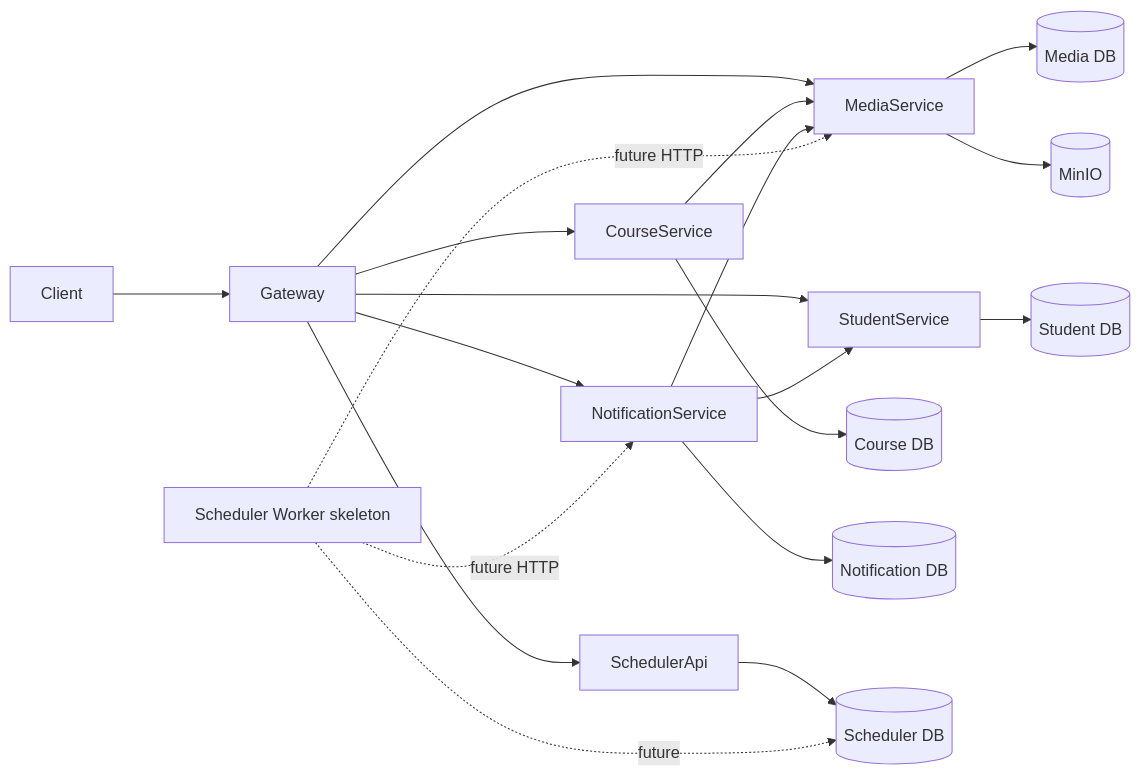
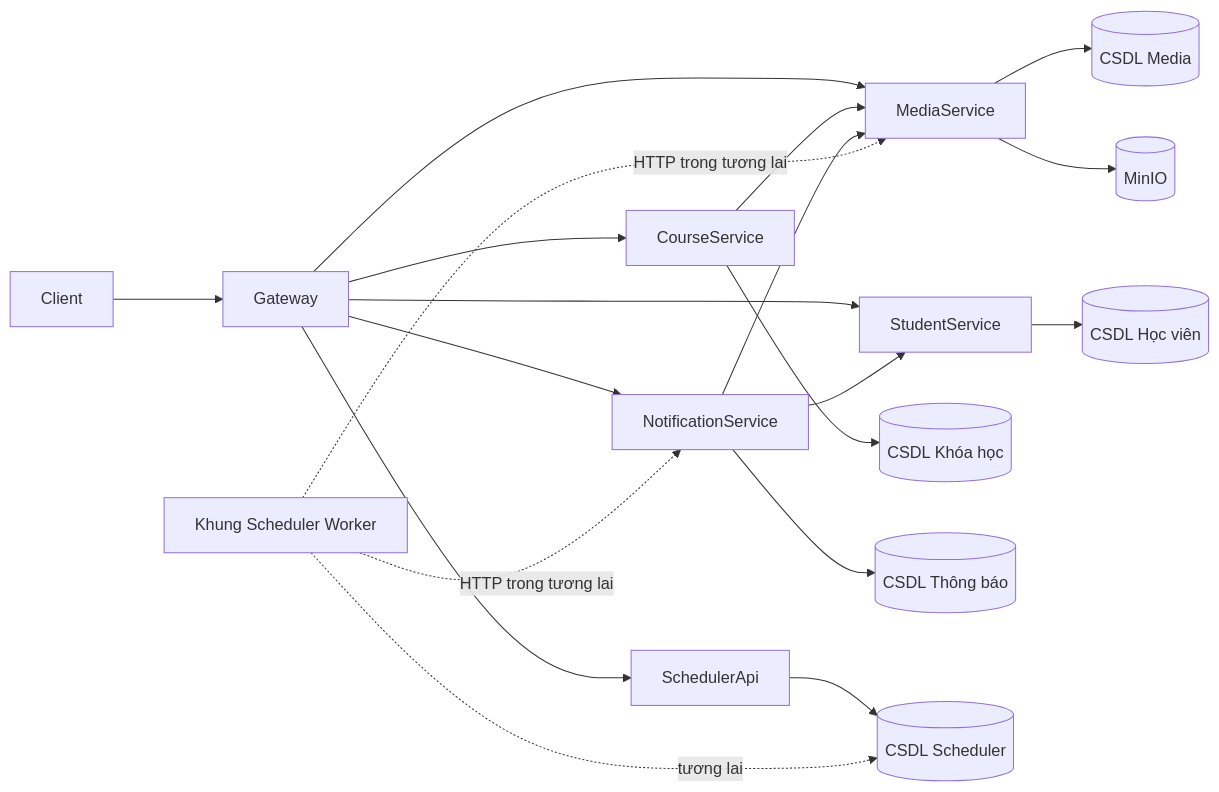
Before and after one commit to Minhduc7904/MiniProjectTrainingKaopiz: the first of 4 diagrams in ducnm3/docs/architecture/uml.md, drawn with Mermaid. The commit also changed other lines of this file and 100 other files, not shown here.

````diff
--- a/ducnm3/docs/architecture/uml.md
+++ b/ducnm3/docs/architecture/uml.md
@@ -7,26 +7,26 @@
 ```mermaid
 flowchart LR
     Client --> Gateway
     Gateway --> CourseService
     Gateway --> StudentService
     Gateway --> MediaService
     Gateway --> NotificationService
     Gateway --> SchedulerApi
 
-    CourseService --> CourseDB[(Course DB)]
+    CourseService --> CourseDB[(CSDL Khóa học)]
     CourseService --> MediaService
 
-    StudentService --> StudentDB[(Student DB)]
+    StudentService --> StudentDB[(CSDL Học viên)]
 
-    MediaService --> MediaDB[(Media DB)]
+    MediaService --> MediaDB[(CSDL Media)]
     MediaService --> MinIO[(MinIO)]
 
-    NotificationService --> NotificationDB[(Notification DB)]
+    NotificationService --> NotificationDB[(CSDL Thông báo)]
     NotificationService --> StudentService
     NotificationService --> MediaService
 
-    SchedulerApi --> SchedulerDB[(Scheduler DB)]
-    SchedulerWorker[Scheduler Worker skeleton] -. future .-> SchedulerDB
-    SchedulerWorker -. future HTTP .-> NotificationService
-    SchedulerWorker -. future HTTP .-> MediaService
+    SchedulerApi --> SchedulerDB[(CSDL Scheduler)]
+    SchedulerWorker[Khung Scheduler Worker] -. tương lai .-> SchedulerDB
+    SchedulerWorker -. HTTP trong tương lai .-> NotificationService
+    SchedulerWorker -. HTTP trong tương lai .-> MediaService
 ```
````
